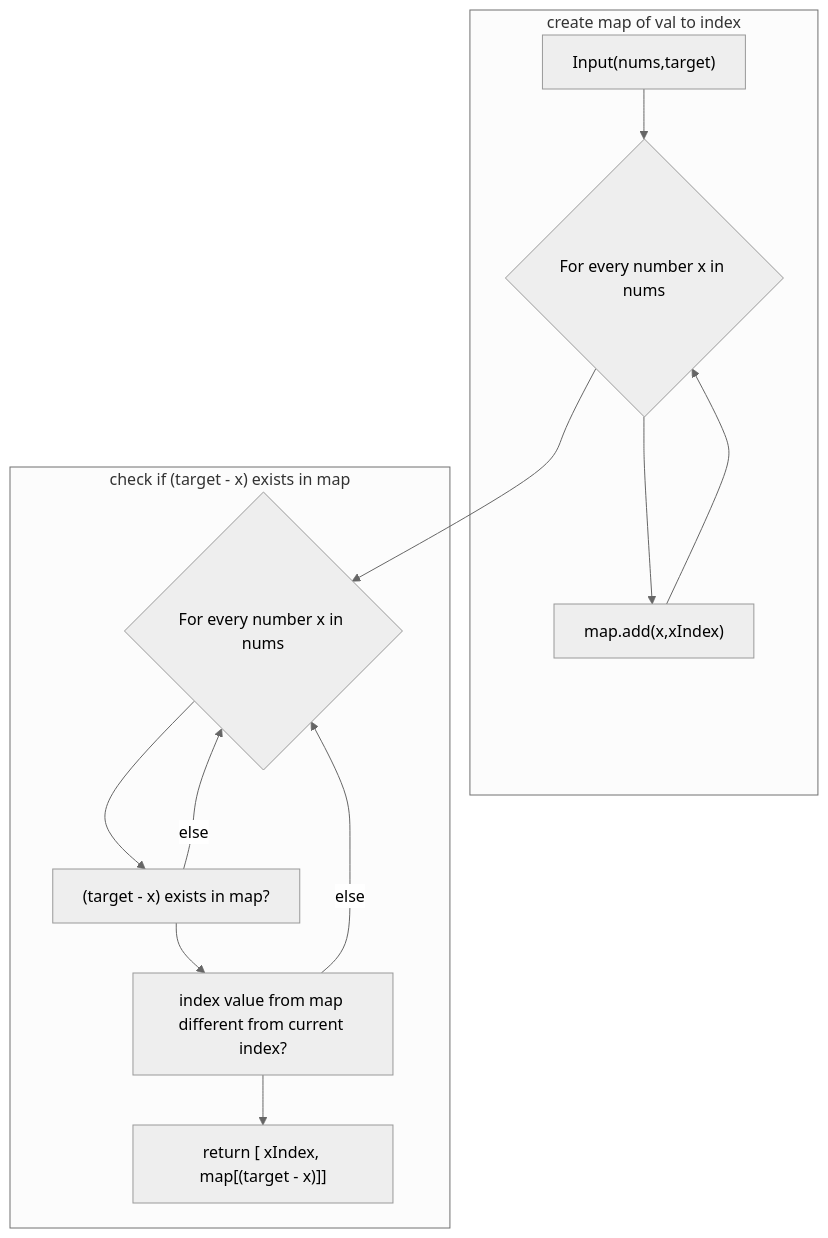
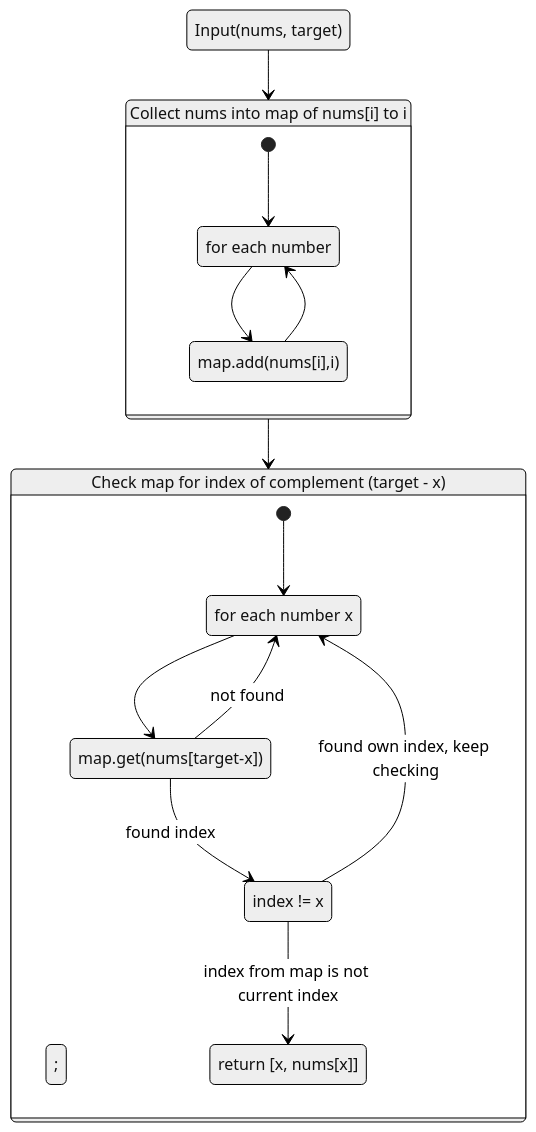
The diagram in site/notes/two-sum.md (briansunter/site), drawn with Mermaid (neutral theme) before and after one commit. The commit also changed other lines of this file, not shown here.

Commit message:
mermaid two sum

````diff
--- a/site/notes/two-sum.md
+++ b/site/notes/two-sum.md
@@ -51,16 +51,30 @@
 ```mermaid 
-graph TD;
-    subgraph "create map of val to index";
-    A["Input(nums,target)"] --> B{For every number x in nums};
-    B --> H["map.add(x,xIndex)"];
-    H --> B;
-    end;
-    subgraph "check if (target - x) exists in map";
-    B --> C{For every number x in nums};
-    C --> E["(target - x)  exists in map?"];
-    E --> |else| C;
-    E -->  F["index value from map different from current index?"];
-    F --> |else| C;
-    F --> G["return [ xIndex, map[(target - x)]]"];
-    end;
+stateDiagram-v2
+    Input --> First
+    First --> Second
+    Input: Input(nums, target);
+    First: Collect nums into map of nums[i] to i;
+    Second: Check map for index of complement (target - x);
+    state First {
+        fir: for each number;
+        [*] --> fir
+        fir --> fir2
+        fir2: map.add(nums[i],i);
+        fir2 --> fir
+    } 
+
+    state Second {
+        [*] --> iterate
+        iterate: for each number x;
+        isInMap: map.get(nums[target-x]);
+        iterate --> isInMap
+        isInMap --> iterate: not found;
+        isInMap --> notOwnIndex : found index;
+
+        notOwnIndex: index != x;
+        True2: return [x, nums[x]];
+
+        notOwnIndex --> True2 : index from map is not current index;
+        notOwnIndex --> iterate:  found own index, keep checking;
+    }
 ```
````
